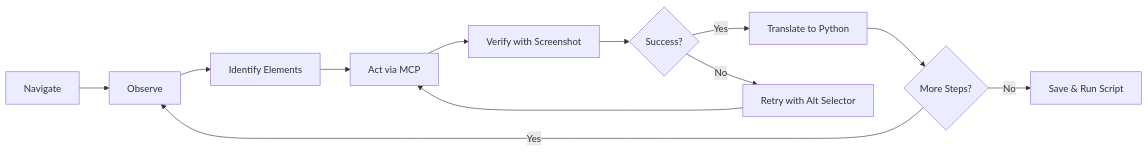
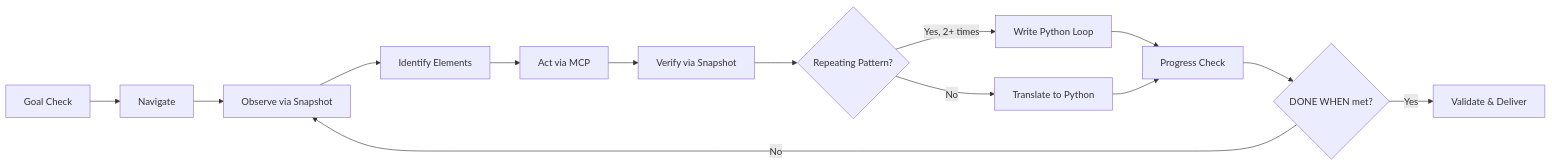
The diagram in skills/playwright-autopilot/README.md (aghaPathan/skill-factory), drawn with Mermaid before and after one commit. The commit also changed other lines of this file and 6 other files, not shown here.

First line of the commit message:
feat: rewrite playwright-autopilot v3 with anti-drift architecture

````diff
--- a/skills/playwright-autopilot/README.md
+++ b/skills/playwright-autopilot/README.md
@@ -15,14 +50,16 @@
 ```mermaid
 graph LR
-    A[Navigate] --> B[Observe]
-    B --> C[Identify Elements]
-    C --> D[Act via MCP]
-    D --> E[Verify with Screenshot]
-    E --> F{Success?}
-    F -->|Yes| G[Translate to Python]
-    F -->|No| H[Retry with Alt Selector]
-    H --> D
-    G --> I{More Steps?}
-    I -->|Yes| B
-    I -->|No| J[Save & Run Script]
+    A[Goal Check] --> B[Navigate]
+    B --> C[Observe via Snapshot]
+    C --> D[Identify Elements]
+    D --> E[Act via MCP]
+    E --> F[Verify via Snapshot]
+    F --> G{Repeating Pattern?}
+    G -->|Yes, 2+ times| H[Write Python Loop]
+    G -->|No| I[Translate to Python]
+    H --> J[Progress Check]
+    I --> J
+    J --> K{DONE WHEN met?}
+    K -->|Yes| L[Validate & Deliver]
+    K -->|No| C
 ```
````
